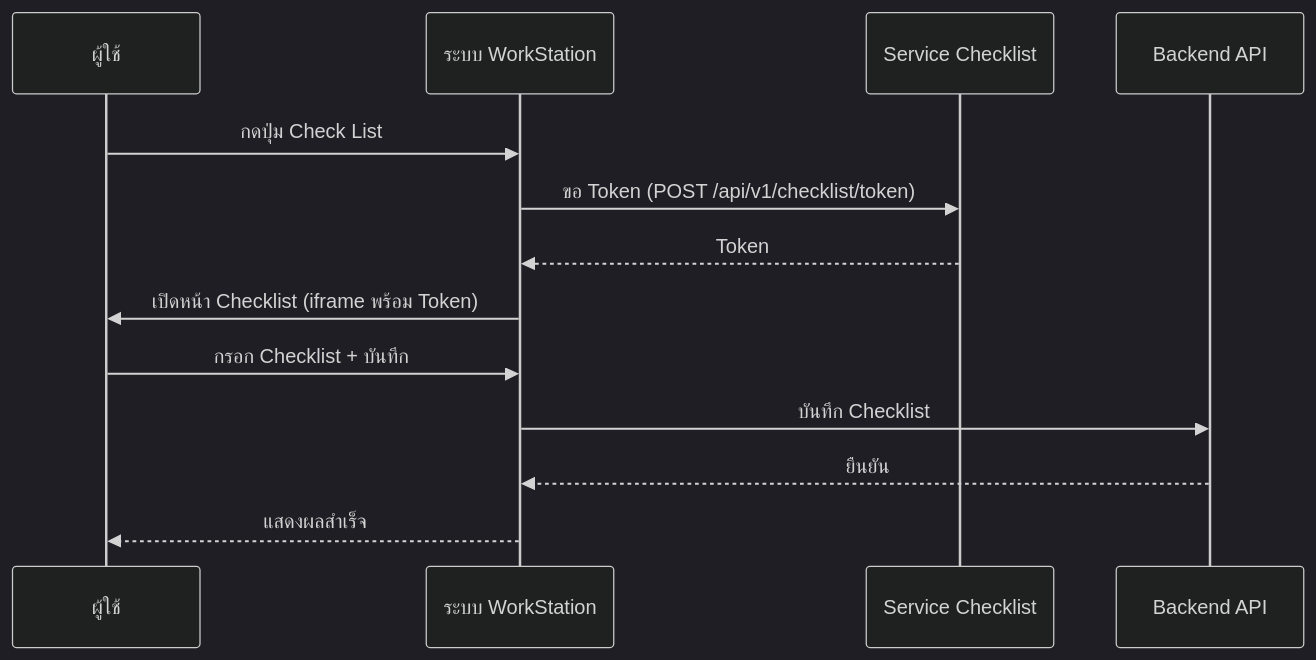
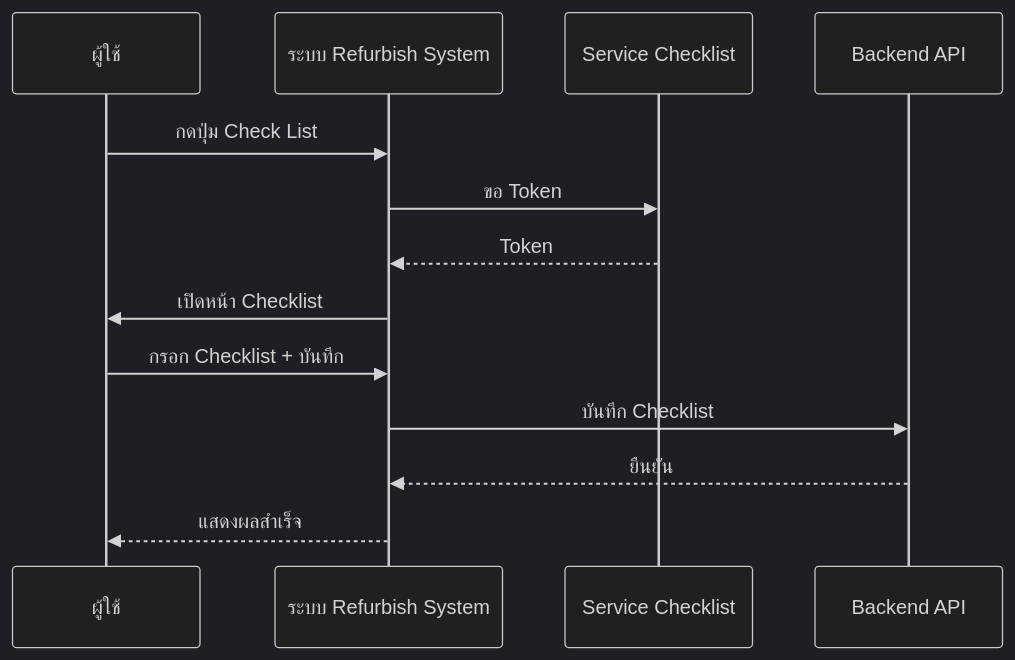
Before and after one commit to akkdach/pro-iot-mobile: the eighth of 8 diagrams in docs/WorkStation_SequenceDiagram.md, drawn with Mermaid (dark theme). The commit also changed other lines of this file and 10 other files, not shown here.

````diff
--- a/docs/WorkStation_SequenceDiagram.md
+++ b/docs/WorkStation_SequenceDiagram.md
@@ -152,16 +152,16 @@
 ```mermaid
 sequenceDiagram
     participant U as ผู้ใช้
-    participant WS as ระบบ WorkStation
+    participant WS as ระบบ Refurbish System
     participant CL as Service Checklist
     participant API as Backend API
 
     U->>WS: กดปุ่ม Check List
-    WS->>CL: ขอ Token (POST /api/v1/checklist/token)
+    WS->>CL: ขอ Token
     CL-->>WS: Token
-    WS->>U: เปิดหน้า Checklist (iframe พร้อม Token)
+    WS->>U: เปิดหน้า Checklist
     U->>WS: กรอก Checklist + บันทึก
     WS->>API: บันทึก Checklist
     API-->>WS: ยืนยัน
     WS-->>U: แสดงผลสำเร็จ
 ```
````
